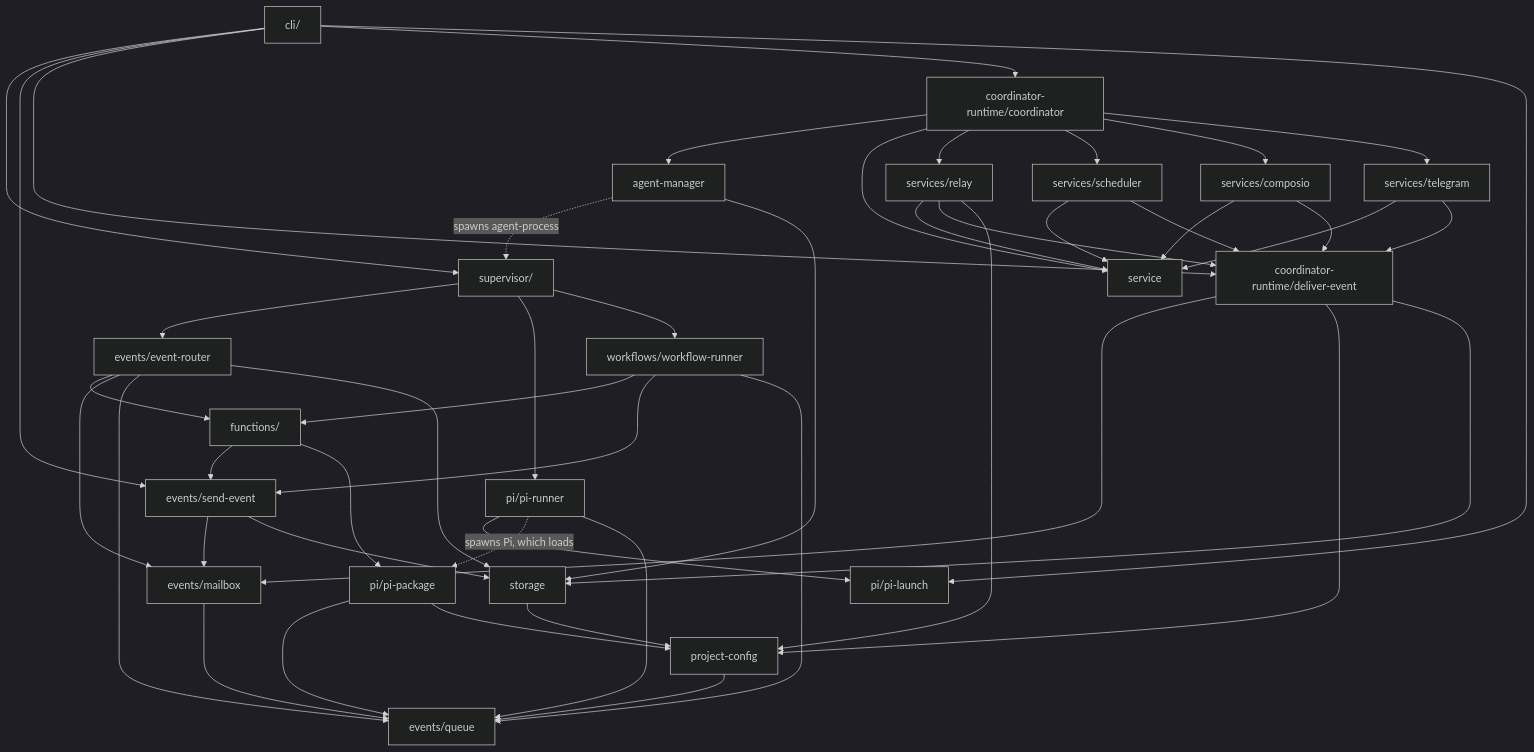
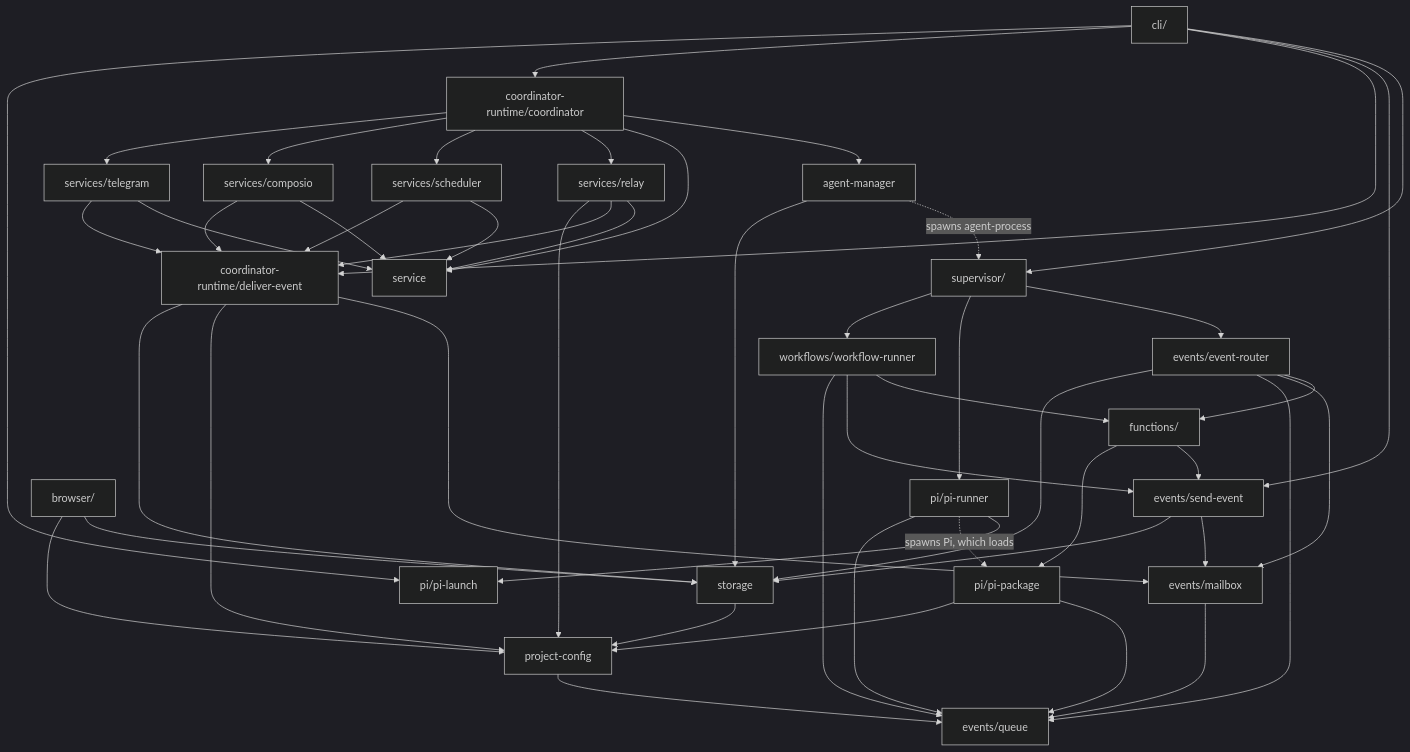
One commit to cognisphere-sh/agent-x changed the diagram in docs/high_level_design.md. Above: the diagram before and after it, drawn with Mermaid (dark theme). The commit also changed other lines of this file and 22 other files, not shown here.

````diff
--- a/docs/high_level_design.md
+++ b/docs/high_level_design.md
@@ -43,20 +44,21 @@
 ```mermaid
 flowchart TD
   CLI["cli/"] --> SUP["supervisor/"] & SEND["events/send-event"] & DELIV["coordinator-runtime/deliver-event"] & COORD["coordinator-runtime/coordinator"] & LAUNCH["pi/pi-launch"]
   COORD --> MGR["agent-manager"] & SVC["service"] & DELY["services/relay"] & SCHED["services/scheduler"] & CMP["services/composio"] & TG["services/telegram"]
   DELY & SCHED & CMP & TG --> SVC
   DELY & SCHED & CMP & TG --> DELIV
+  BR["browser/"] --> ST & PC
   MGR -. "spawns agent-process" .-> SUP
   SUP --> ER["events/event-router"] & PR["pi/pi-runner"] & WR["workflows/workflow-runner"]
   ER & WR --> FN["functions/"]
   FN --> SEND & PKG
   WR --> SEND
   PR --> LAUNCH
   PR -. "spawns Pi, which loads" .-> PKG["pi/pi-package"]
   ER & DELIV & SEND --> MB["events/mailbox"]
   ER & WR & PR & PKG & MB --> Q["events/queue"]
   PKG --> PC["project-config"]
   DELIV & DELY --> PC
   ER & SEND & DELIV & MGR --> ST["storage"]
   ST --> PC --> Q
 ```
````
